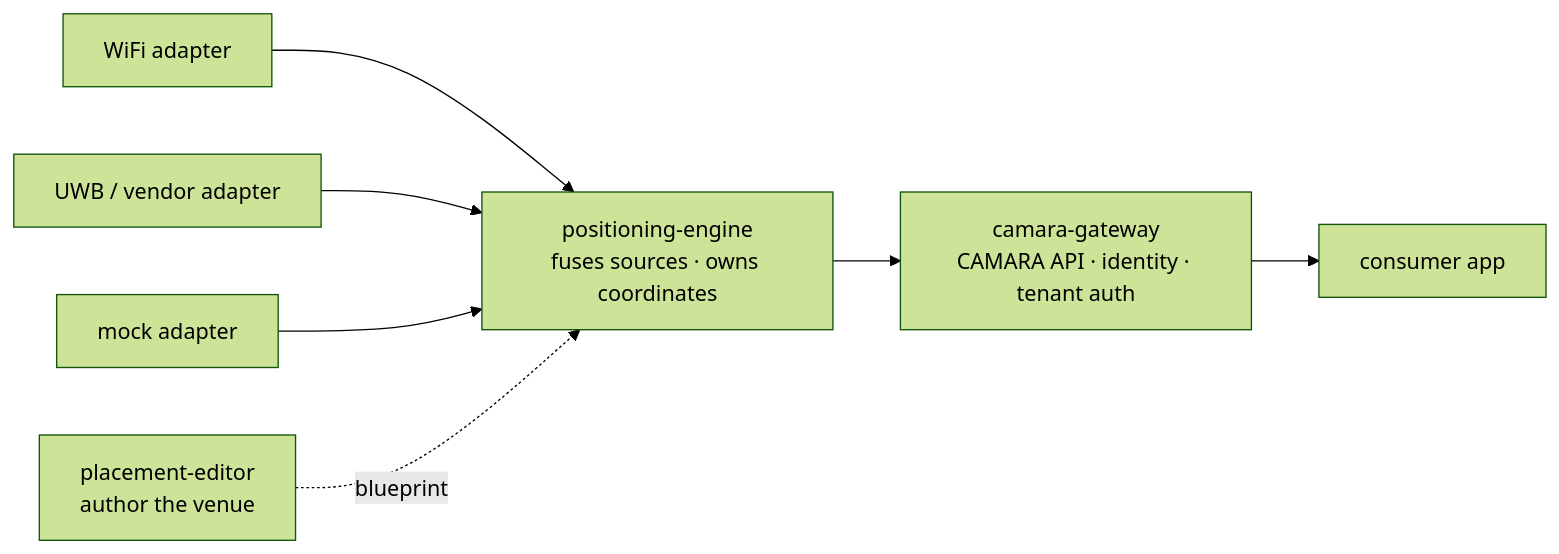
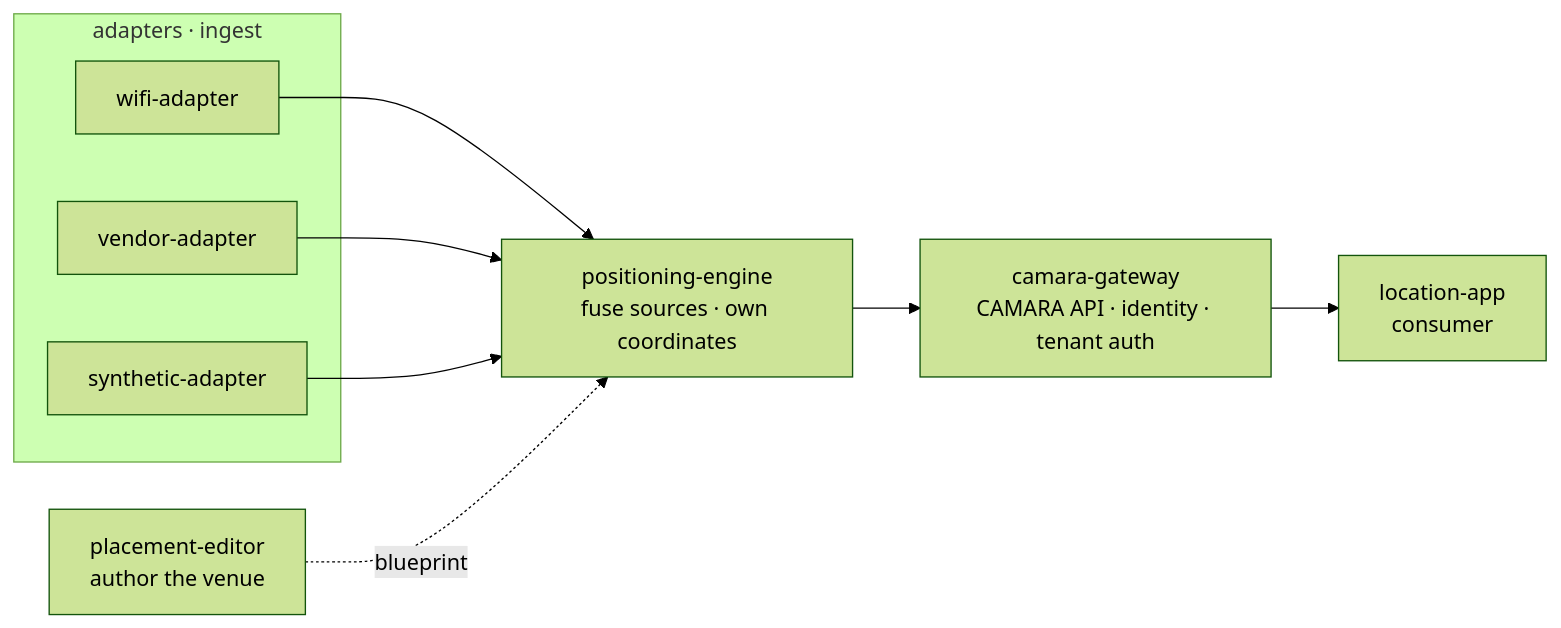
One commit to Jacobbista/5g-northbound changed the diagram in docs/overview.md. Above: the diagram before and after it, drawn with Mermaid (forest theme). The commit also changed other lines of this file and 241 other files, not shown here.

````diff
--- a/docs/overview.md
+++ b/docs/overview.md
@@ -22,9 +22,14 @@
 ```mermaid
 flowchart LR
-    W["WiFi adapter"] --> E
-    U["UWB / vendor adapter"] --> E
-    M["mock adapter"] --> E
-    E["positioning-engine<br/>fuses sources · owns coordinates"] --> G
-    G["camara-gateway<br/>CAMARA API · identity · tenant auth"] --> C["consumer app"]
+    subgraph adapters["adapters · ingest"]
+      W["wifi-adapter"]
+      V["vendor-adapter"]
+      S["synthetic-adapter"]
+    end
+    W --> E
+    V --> E
+    S --> E
+    E["positioning-engine<br/>fuse sources · own coordinates"] --> G
+    G["camara-gateway<br/>CAMARA API · identity · tenant auth"] --> C["location-app<br/>consumer"]
     ED["placement-editor<br/>author the venue"] -. blueprint .-> E
 ```
````
